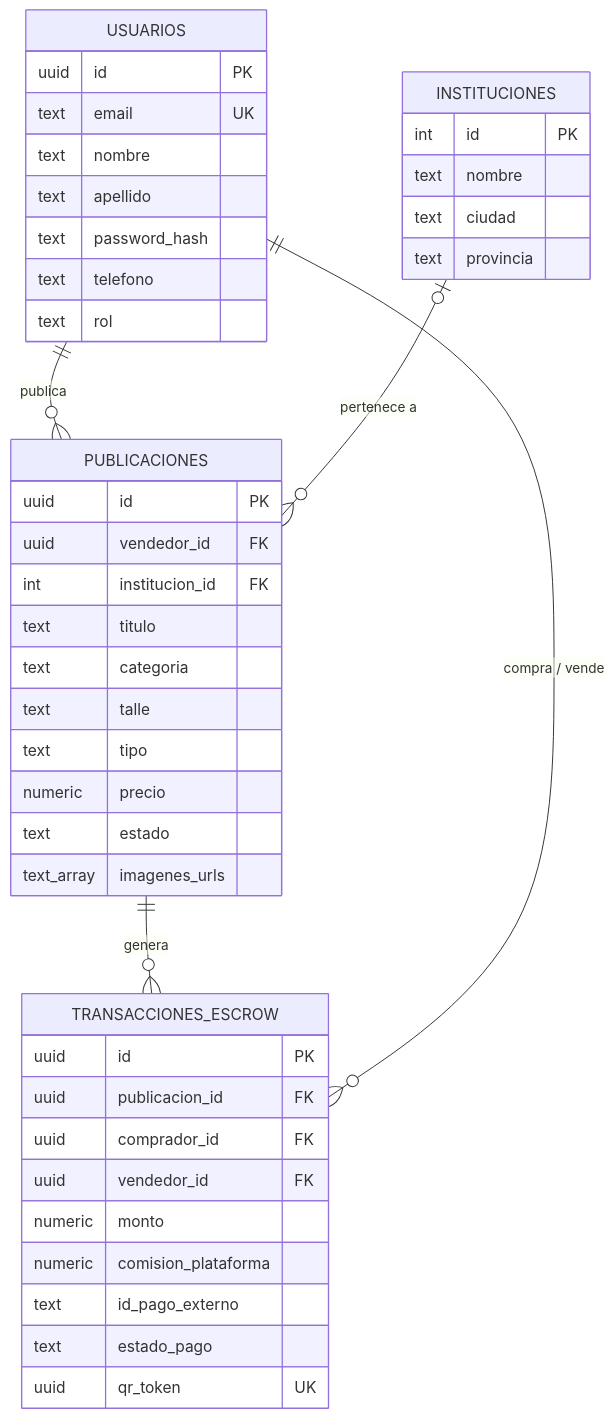
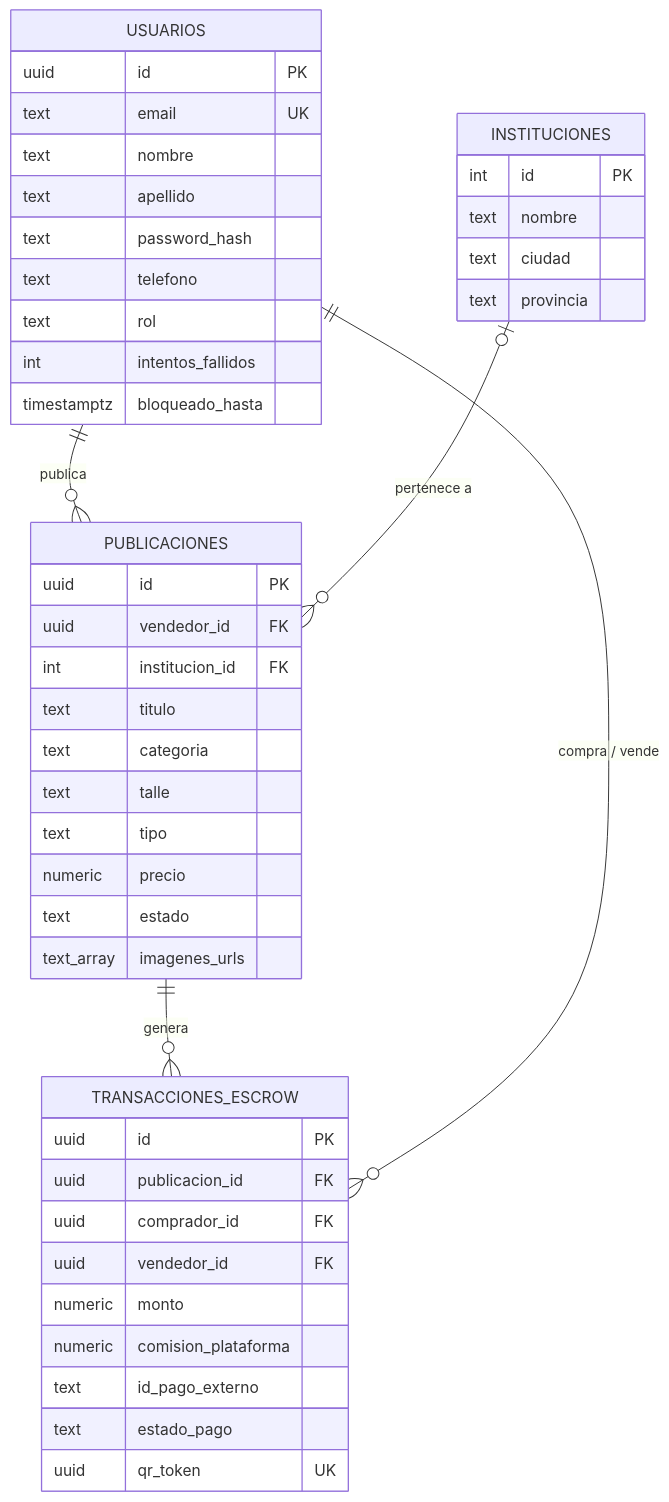
One commit to Manudeserti/CVD_ARG changed the first of 2 diagrams in docs/memoria/02-modelo-de-datos.md. Above: the diagram before and after it, drawn with Mermaid. The commit also changed other lines of this file and 4 other files, not shown here.

````diff
--- a/docs/memoria/02-modelo-de-datos.md
+++ b/docs/memoria/02-modelo-de-datos.md
@@ -7,46 +7,48 @@
 ```mermaid
 erDiagram
     USUARIOS ||--o{ PUBLICACIONES : publica
     INSTITUCIONES |o--o{ PUBLICACIONES : "pertenece a"
     PUBLICACIONES ||--o{ TRANSACCIONES_ESCROW : genera
     USUARIOS ||--o{ TRANSACCIONES_ESCROW : "compra / vende"
 
     USUARIOS {
         uuid id PK
         text email UK
         text nombre
         text apellido
         text password_hash
         text telefono
         text rol
+        int intentos_fallidos
+        timestamptz bloqueado_hasta
     }
     INSTITUCIONES {
         int id PK
         text nombre
         text ciudad
         text provincia
     }
     PUBLICACIONES {
         uuid id PK
         uuid vendedor_id FK
         int institucion_id FK
         text titulo
         text categoria
         text talle
         text tipo
         numeric precio
         text estado
         text_array imagenes_urls
     }
     TRANSACCIONES_ESCROW {
         uuid id PK
         uuid publicacion_id FK
         uuid comprador_id FK
         uuid vendedor_id FK
         numeric monto
         numeric comision_plataforma
         text id_pago_externo
         text estado_pago
         uuid qr_token UK
     }
 ```
````
